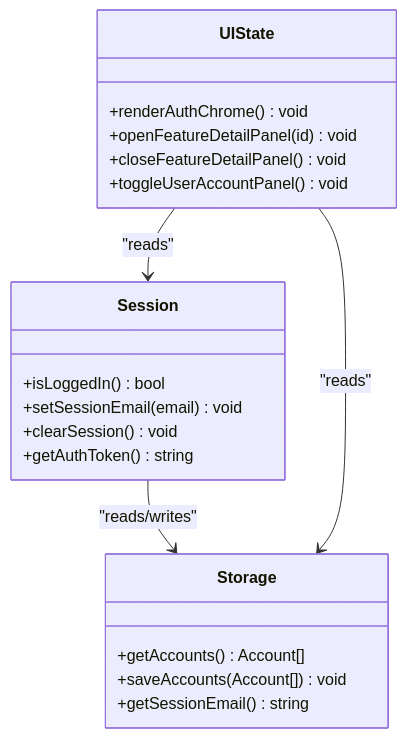
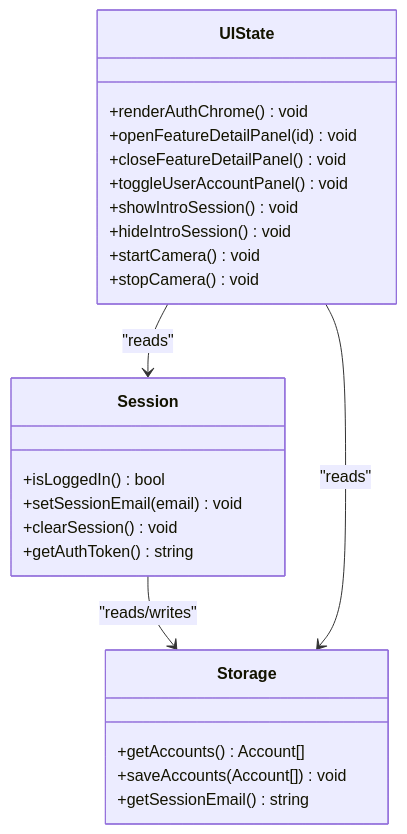
The seventh of 9 diagrams in .qoder/repowiki/en/content/Frontend Application.md (ikramhh/signvue-project), drawn with Mermaid before and after one commit. The commit also changed other lines of this file and 3 other files, not shown here.

````diff
--- a/.qoder/repowiki/en/content/Frontend Application.md
+++ b/.qoder/repowiki/en/content/Frontend Application.md
@@ -217,23 +325,27 @@
 ```mermaid
 classDiagram
 class Session {
 +isLoggedIn() bool
 +setSessionEmail(email) void
 +clearSession() void
 +getAuthToken() string
 }
 class UIState {
 +renderAuthChrome() void
 +openFeatureDetailPanel(id) void
 +closeFeatureDetailPanel() void
 +toggleUserAccountPanel() void
++showIntroSession() void
++hideIntroSession() void
++startCamera() void
++stopCamera() void
 }
 class Storage {
 +getAccounts() Account[]
 +saveAccounts(Account[]) void
 +getSessionEmail() string
 }
 Session --> Storage : "reads/writes"
 UIState --> Session : "reads"
 UIState --> Storage : "reads"
 ```
````
